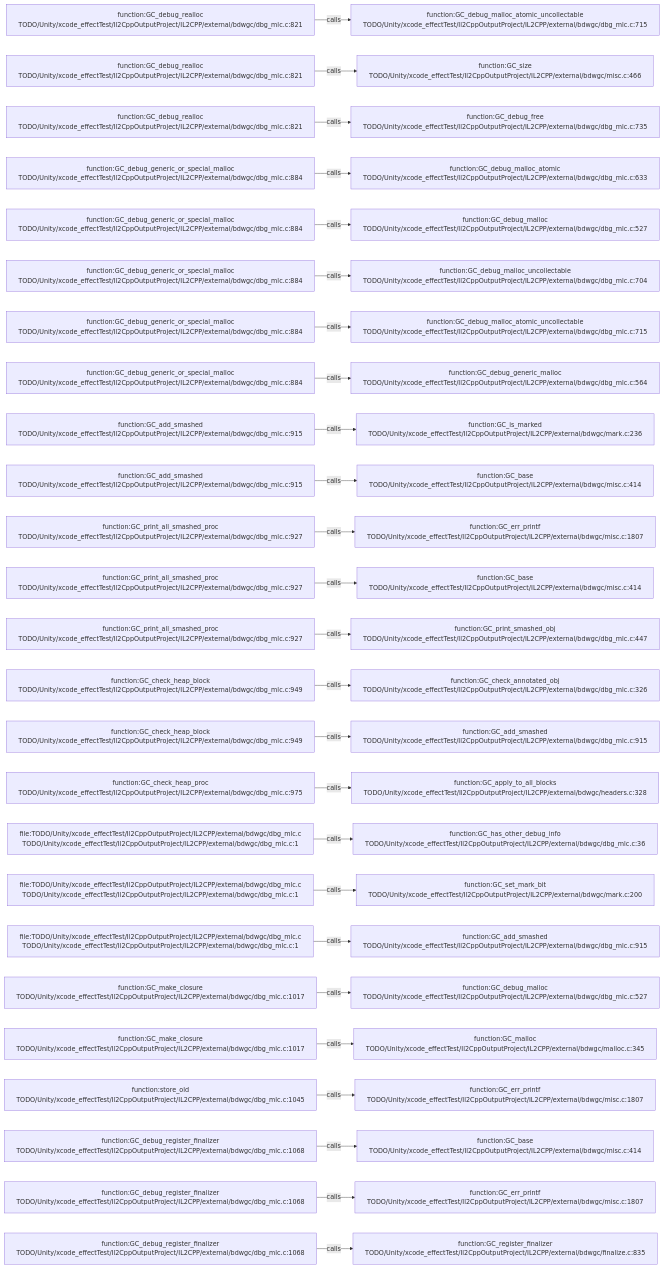
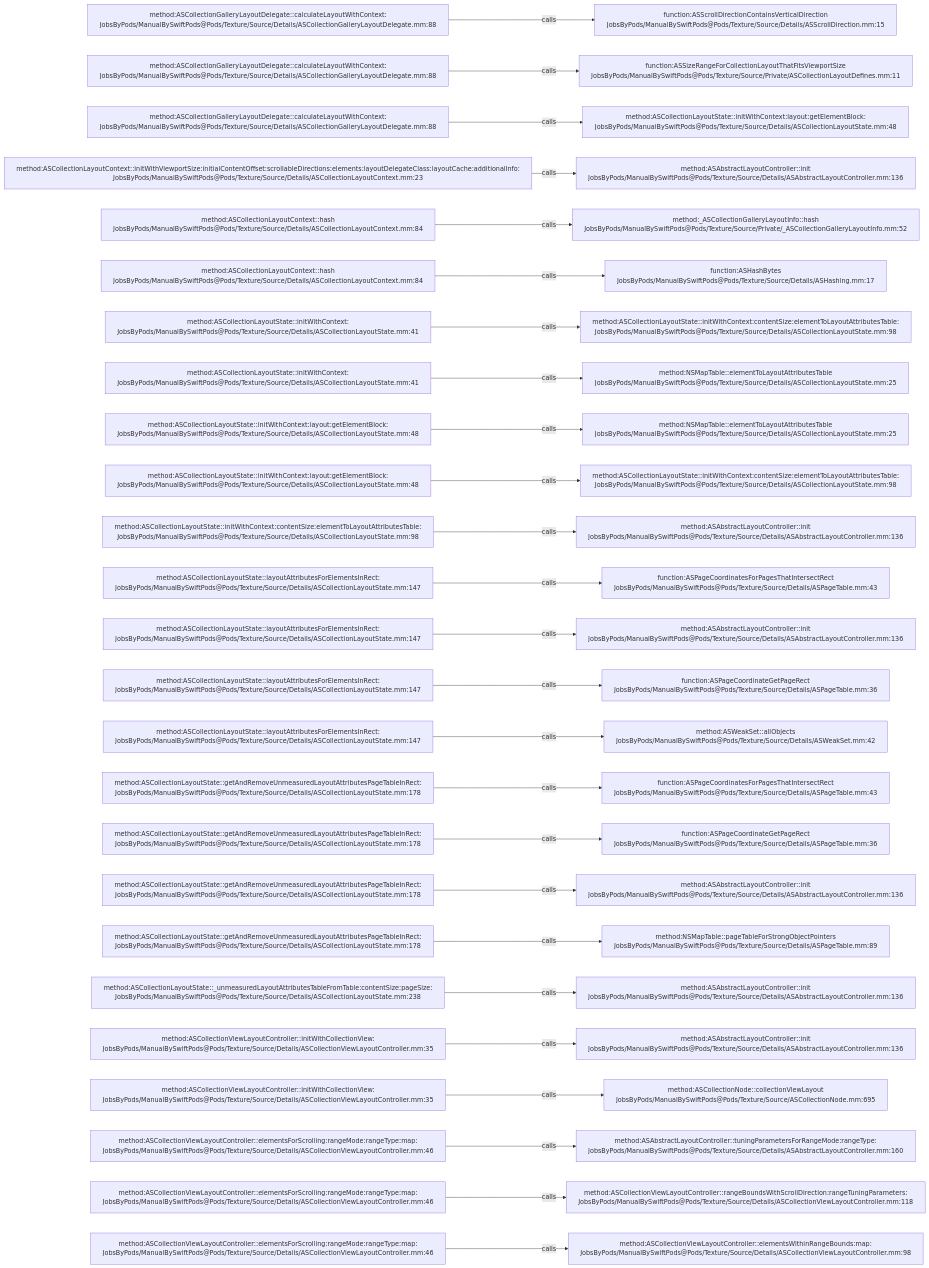
Before and after one commit to JobsKits/JobsSwiftBaseConfigDemo: the diagram in .codegraph/codegraph.md/graphs/calls-102.md, drawn with Mermaid. The commit also changed 2959 other files, not shown here.

````diff
--- a/.codegraph/codegraph.md/graphs/calls-102.md
+++ b/.codegraph/codegraph.md/graphs/calls-102.md
@@ -13,78 +13,78 @@
 ```mermaid
 flowchart LR
-  S1["function:GC_debug_realloc<br/>TODO/Unity/xcode_effectTest/Il2CppOutputProject/IL2CPP/external/bdwgc/dbg_mlc.c:821"]
-  T1["function:GC_debug_malloc_atomic_uncollectable<br/>TODO/Unity/xcode_effectTest/Il2CppOutputProject/IL2CPP/external/bdwgc/dbg_mlc.c:715"]
+  S1["method:ASCollectionGalleryLayoutDelegate::calculateLayoutWithContext:<br/>JobsByPods/ManualBySwiftPods@Pods/Texture/Source/Details/ASCollectionGalleryLayoutDelegate.mm:88"]
+  T1["function:ASScrollDirectionContainsVerticalDirection<br/>JobsByPods/ManualBySwiftPods@Pods/Texture/Source/Details/ASScrollDirection.mm:15"]
   S1 -->|calls| T1
-  S2["function:GC_debug_realloc<br/>TODO/Unity/xcode_effectTest/Il2CppOutputProject/IL2CPP/external/bdwgc/dbg_mlc.c:821"]
-  T2["function:GC_size<br/>TODO/Unity/xcode_effectTest/Il2CppOutputProject/IL2CPP/external/bdwgc/misc.c:466"]
+  S2["method:ASCollectionGalleryLayoutDelegate::calculateLayoutWithContext:<br/>JobsByPods/ManualBySwiftPods@Pods/Texture/Source/Details/ASCollectionGalleryLayoutDelegate.mm:88"]
+  T2["function:ASSizeRangeForCollectionLayoutThatFitsViewportSize<br/>JobsByPods/ManualBySwiftPods@Pods/Texture/Source/Private/ASCollectionLayoutDefines.mm:11"]
   S2 -->|calls| T2
-  S3["function:GC_debug_realloc<br/>TODO/Unity/xcode_effectTest/Il2CppOutputProject/IL2CPP/external/bdwgc/dbg_mlc.c:821"]
-  T3["function:GC_debug_free<br/>TODO/Unity/xcode_effectTest/Il2CppOutputProject/IL2CPP/external/bdwgc/dbg_mlc.c:735"]
+  S3["method:ASCollectionGalleryLayoutDelegate::calculateLayoutWithContext:<br/>JobsByPods/ManualBySwiftPods@Pods/Texture/Source/Details/ASCollectionGalleryLayoutDelegate.mm:88"]
+  T3["method:ASCollectionLayoutState::initWithContext:layout:getElementBlock:<br/>JobsByPods/ManualBySwiftPods@Pods/Texture/Source/Details/ASCollectionLayoutState.mm:48"]
   S3 -->|calls| T3
-  S4["function:GC_debug_generic_or_special_malloc<br/>TODO/Unity/xcode_effectTest/Il2CppOutputProject/IL2CPP/external/bdwgc/dbg_mlc.c:884"]
-  T4["function:GC_debug_malloc_atomic<br/>TODO/Unity/xcode_effectTest/Il2CppOutputProject/IL2CPP/external/bdwgc/dbg_mlc.c:633"]
+  S4["method:ASCollectionLayoutContext::initWithViewportSize:initialContentOffset:scrollableDirections:elements:layoutDelegateClass:layoutCache:additionalInfo:<br/>JobsByPods/ManualBySwiftPods@Pods/Texture/Source/Details/ASCollectionLayoutContext.mm:23"]
+  T4["method:ASAbstractLayoutController::init<br/>JobsByPods/ManualBySwiftPods@Pods/Texture/Source/Details/ASAbstractLayoutController.mm:136"]
   S4 -->|calls| T4
-  S5["function:GC_debug_generic_or_special_malloc<br/>TODO/Unity/xcode_effectTest/Il2CppOutputProject/IL2CPP/external/bdwgc/dbg_mlc.c:884"]
-  T5["function:GC_debug_malloc<br/>TODO/Unity/xcode_effectTest/Il2CppOutputProject/IL2CPP/external/bdwgc/dbg_mlc.c:527"]
+  S5["method:ASCollectionLayoutContext::hash<br/>JobsByPods/ManualBySwiftPods@Pods/Texture/Source/Details/ASCollectionLayoutContext.mm:84"]
+  T5["method:_ASCollectionGalleryLayoutInfo::hash<br/>JobsByPods/ManualBySwiftPods@Pods/Texture/Source/Private/_ASCollectionGalleryLayoutInfo.mm:52"]
   S5 -->|calls| T5
-  S6["function:GC_debug_generic_or_special_malloc<br/>TODO/Unity/xcode_effectTest/Il2CppOutputProject/IL2CPP/external/bdwgc/dbg_mlc.c:884"]
-  T6["function:GC_debug_malloc_uncollectable<br/>TODO/Unity/xcode_effectTest/Il2CppOutputProject/IL2CPP/external/bdwgc/dbg_mlc.c:704"]
+  S6["method:ASCollectionLayoutContext::hash<br/>JobsByPods/ManualBySwiftPods@Pods/Texture/Source/Details/ASCollectionLayoutContext.mm:84"]
+  T6["function:ASHashBytes<br/>JobsByPods/ManualBySwiftPods@Pods/Texture/Source/Details/ASHashing.mm:17"]
   S6 -->|calls| T6
-  S7["function:GC_debug_generic_or_special_malloc<br/>TODO/Unity/xcode_effectTest/Il2CppOutputProject/IL2CPP/external/bdwgc/dbg_mlc.c:884"]
-  T7["function:GC_debug_malloc_atomic_uncollectable<br/>TODO/Unity/xcode_effectTest/Il2CppOutputProject/IL2CPP/external/bdwgc/dbg_mlc.c:715"]
+  S7["method:ASCollectionLayoutState::initWithContext:<br/>JobsByPods/ManualBySwiftPods@Pods/Texture/Source/Details/ASCollectionLayoutState.mm:41"]
+  T7["method:ASCollectionLayoutState::initWithContext:contentSize:elementToLayoutAttributesTable:<br/>JobsByPods/ManualBySwiftPods@Pods/Texture/Source/Details/ASCollectionLayoutState.mm:98"]
   S7 -->|calls| T7
-  S8["function:GC_debug_generic_or_special_malloc<br/>TODO/Unity/xcode_effectTest/Il2CppOutputProject/IL2CPP/external/bdwgc/dbg_mlc.c:884"]
-  T8["function:GC_debug_generic_malloc<br/>TODO/Unity/xcode_effectTest/Il2CppOutputProject/IL2CPP/external/bdwgc/dbg_mlc.c:564"]
+  S8["method:ASCollectionLayoutState::initWithContext:<br/>JobsByPods/ManualBySwiftPods@Pods/Texture/Source/Details/ASCollectionLayoutState.mm:41"]
+  T8["method:NSMapTable::elementToLayoutAttributesTable<br/>JobsByPods/ManualBySwiftPods@Pods/Texture/Source/Details/ASCollectionLayoutState.mm:25"]
   S8 -->|calls| T8
-  S9["function:GC_add_smashed<br/>TODO/Unity/xcode_effectTest/Il2CppOutputProject/IL2CPP/external/bdwgc/dbg_mlc.c:915"]
-  T9["function:GC_is_marked<br/>TODO/Unity/xcode_effectTest/Il2CppOutputProject/IL2CPP/external/bdwgc/mark.c:236"]
+  S9["method:ASCollectionLayoutState::initWithContext:layout:getElementBlock:<br/>JobsByPods/ManualBySwiftPods@Pods/Texture/Source/Details/ASCollectionLayoutState.mm:48"]
+  T9["method:NSMapTable::elementToLayoutAttributesTable<br/>JobsByPods/ManualBySwiftPods@Pods/Texture/Source/Details/ASCollectionLayoutState.mm:25"]
   S9 -->|calls| T9
-  S10["function:GC_add_smashed<br/>TODO/Unity/xcode_effectTest/Il2CppOutputProject/IL2CPP/external/bdwgc/dbg_mlc.c:915"]
-  T10["function:GC_base<br/>TODO/Unity/xcode_effectTest/Il2CppOutputProject/IL2CPP/external/bdwgc/misc.c:414"]
+  S10["method:ASCollectionLayoutState::initWithContext:layout:getElementBlock:<br/>JobsByPods/ManualBySwiftPods@Pods/Texture/Source/Details/ASCollectionLayoutState.mm:48"]
+  T10["method:ASCollectionLayoutState::initWithContext:contentSize:elementToLayoutAttributesTable:<br/>JobsByPods/ManualBySwiftPods@Pods/Texture/Source/Details/ASCollectionLayoutState.mm:98"]
   S10 -->|calls| T10
-  S11["function:GC_print_all_smashed_proc<br/>TODO/Unity/xcode_effectTest/Il2CppOutputProject/IL2CPP/external/bdwgc/dbg_mlc.c:927"]
-  T11["function:GC_err_printf<br/>TODO/Unity/xcode_effectTest/Il2CppOutputProject/IL2CPP/external/bdwgc/misc.c:1807"]
+  S11["method:ASCollectionLayoutState::initWithContext:contentSize:elementToLayoutAttributesTable:<br/>JobsByPods/ManualBySwiftPods@Pods/Texture/Source/Details/ASCollectionLayoutState.mm:98"]
+  T11["method:ASAbstractLayoutController::init<br/>JobsByPods/ManualBySwiftPods@Pods/Texture/Source/Details/ASAbstractLayoutController.mm:136"]
   S11 -->|calls| T11
-  S12["function:GC_print_all_smashed_proc<br/>TODO/Unity/xcode_effectTest/Il2CppOutputProject/IL2CPP/external/bdwgc/dbg_mlc.c:927"]
-  T12["function:GC_base<br/>TODO/Unity/xcode_effectTest/Il2CppOutputProject/IL2CPP/external/bdwgc/misc.c:414"]
+  S12["method:ASCollectionLayoutState::layoutAttributesForElementsInRect:<br/>JobsByPods/ManualBySwiftPods@Pods/Texture/Source/Details/ASCollectionLayoutState.mm:147"]
+  T12["function:ASPageCoordinatesForPagesThatIntersectRect<br/>JobsByPods/ManualBySwiftPods@Pods/Texture/Source/Details/ASPageTable.mm:43"]
   S12 -->|calls| T12
-  S13["function:GC_print_all_smashed_proc<br/>TODO/Unity/xcode_effectTest/Il2CppOutputProject/IL2CPP/external/bdwgc/dbg_mlc.c:927"]
-  T13["function:GC_print_smashed_obj<br/>TODO/Unity/xcode_effectTest/Il2CppOutputProject/IL2CPP/external/bdwgc/dbg_mlc.c:447"]
+  S13["method:ASCollectionLayoutState::layoutAttributesForElementsInRect:<br/>JobsByPods/ManualBySwiftPods@Pods/Texture/Source/Details/ASCollectionLayoutState.mm:147"]
+  T13["method:ASAbstractLayoutController::init<br/>JobsByPods/ManualBySwiftPods@Pods/Texture/Source/Details/ASAbstractLayoutController.mm:136"]
   S13 -->|calls| T13
-  S14["function:GC_check_heap_block<br/>TODO/Unity/xcode_effectTest/Il2CppOutputProject/IL2CPP/external/bdwgc/dbg_mlc.c:949"]
-  T14["function:GC_check_annotated_obj<br/>TODO/Unity/xcode_effectTest/Il2CppOutputProject/IL2CPP/external/bdwgc/dbg_mlc.c:326"]
+  S14["method:ASCollectionLayoutState::layoutAttributesForElementsInRect:<br/>JobsByPods/ManualBySwiftPods@Pods/Texture/Source/Details/ASCollectionLayoutState.mm:147"]
+  T14["function:ASPageCoordinateGetPageRect<br/>JobsByPods/ManualBySwiftPods@Pods/Texture/Source/Details/ASPageTable.mm:36"]
   S14 -->|calls| T14
-  S15["function:GC_check_heap_block<br/>TODO/Unity/xcode_effectTest/Il2CppOutputProject/IL2CPP/external/bdwgc/dbg_mlc.c:949"]
-  T15["function:GC_add_smashed<br/>TODO/Unity/xcode_effectTest/Il2CppOutputProject/IL2CPP/external/bdwgc/dbg_mlc.c:915"]
+  S15["method:ASCollectionLayoutState::layoutAttributesForElementsInRect:<br/>JobsByPods/ManualBySwiftPods@Pods/Texture/Source/Details/ASCollectionLayoutState.mm:147"]
+  T15["method:ASWeakSet::allObjects<br/>JobsByPods/ManualBySwiftPods@Pods/Texture/Source/Details/ASWeakSet.mm:42"]
   S15 -->|calls| T15
-  S16["function:GC_check_heap_proc<br/>TODO/Unity/xcode_effectTest/Il2CppOutputProject/IL2CPP/external/bdwgc/dbg_mlc.c:975"]
-  T16["function:GC_apply_to_all_blocks<br/>TODO/Unity/xcode_effectTest/Il2CppOutputProject/IL2CPP/external/bdwgc/headers.c:328"]
+  S16["method:ASCollectionLayoutState::getAndRemoveUnmeasuredLayoutAttributesPageTableInRect:<br/>JobsByPods/ManualBySwiftPods@Pods/Texture/Source/Details/ASCollectionLayoutState.mm:178"]
+  T16["function:ASPageCoordinatesForPagesThatIntersectRect<br/>JobsByPods/ManualBySwiftPods@Pods/Texture/Source/Details/ASPageTable.mm:43"]
   S16 -->|calls| T16
-  S17["file:TODO/Unity/xcode_effectTest/Il2CppOutputProject/IL2CPP/external/bdwgc/dbg_mlc.c<br/>TODO/Unity/xcode_effectTest/Il2CppOutputProject/IL2CPP/external/bdwgc/dbg_mlc.c:1"]
-  T17["function:GC_has_other_debug_info<br/>TODO/Unity/xcode_effectTest/Il2CppOutputProject/IL2CPP/external/bdwgc/dbg_mlc.c:36"]
+  S17["method:ASCollectionLayoutState::getAndRemoveUnmeasuredLayoutAttributesPageTableInRect:<br/>JobsByPods/ManualBySwiftPods@Pods/Texture/Source/Details/ASCollectionLayoutState.mm:178"]
+  T17["function:ASPageCoordinateGetPageRect<br/>JobsByPods/ManualBySwiftPods@Pods/Texture/Source/Details/ASPageTable.mm:36"]
   S17 -->|calls| T17
-  S18["file:TODO/Unity/xcode_effectTest/Il2CppOutputProject/IL2CPP/external/bdwgc/dbg_mlc.c<br/>TODO/Unity/xcode_effectTest/Il2CppOutputProject/IL2CPP/external/bdwgc/dbg_mlc.c:1"]
-  T18["function:GC_set_mark_bit<br/>TODO/Unity/xcode_effectTest/Il2CppOutputProject/IL2CPP/external/bdwgc/mark.c:200"]
+  S18["method:ASCollectionLayoutState::getAndRemoveUnmeasuredLayoutAttributesPageTableInRect:<br/>JobsByPods/ManualBySwiftPods@Pods/Texture/Source/Details/ASCollectionLayoutState.mm:178"]
+  T18["method:ASAbstractLayoutController::init<br/>JobsByPods/ManualBySwiftPods@Pods/Texture/Source/Details/ASAbstractLayoutController.mm:136"]
   S18 -->|calls| T18
-  S19["file:TODO/Unity/xcode_effectTest/Il2CppOutputProject/IL2CPP/external/bdwgc/dbg_mlc.c<br/>TODO/Unity/xcode_effectTest/Il2CppOutputProject/IL2CPP/external/bdwgc/dbg_mlc.c:1"]
-  T19["function:GC_add_smashed<br/>TODO/Unity/xcode_effectTest/Il2CppOutputProject/IL2CPP/external/bdwgc/dbg_mlc.c:915"]
+  S19["method:ASCollectionLayoutState::getAndRemoveUnmeasuredLayoutAttributesPageTableInRect:<br/>JobsByPods/ManualBySwiftPods@Pods/Texture/Source/Details/ASCollectionLayoutState.mm:178"]
+  T19["method:NSMapTable::pageTableForStrongObjectPointers<br/>JobsByPods/ManualBySwiftPods@Pods/Texture/Source/Details/ASPageTable.mm:89"]
   S19 -->|calls| T19
-  S20["function:GC_make_closure<br/>TODO/Unity/xcode_effectTest/Il2CppOutputProject/IL2CPP/external/bdwgc/dbg_mlc.c:1017"]
-  T20["function:GC_debug_malloc<br/>TODO/Unity/xcode_effectTest/Il2CppOutputProject/IL2CPP/external/bdwgc/dbg_mlc.c:527"]
+  S20["method:ASCollectionLayoutState::_unmeasuredLayoutAttributesTableFromTable:contentSize:pageSize:<br/>JobsByPods/ManualBySwiftPods@Pods/Texture/Source/Details/ASCollectionLayoutState.mm:238"]
+  T20["method:ASAbstractLayoutController::init<br/>JobsByPods/ManualBySwiftPods@Pods/Texture/Source/Details/ASAbstractLayoutController.mm:136"]
   S20 -->|calls| T20
-  S21["function:GC_make_closure<br/>TODO/Unity/xcode_effectTest/Il2CppOutputProject/IL2CPP/external/bdwgc/dbg_mlc.c:1017"]
-  T21["function:GC_malloc<br/>TODO/Unity/xcode_effectTest/Il2CppOutputProject/IL2CPP/external/bdwgc/malloc.c:345"]
+  S21["method:ASCollectionViewLayoutController::initWithCollectionView:<br/>JobsByPods/ManualBySwiftPods@Pods/Texture/Source/Details/ASCollectionViewLayoutController.mm:35"]
+  T21["method:ASAbstractLayoutController::init<br/>JobsByPods/ManualBySwiftPods@Pods/Texture/Source/Details/ASAbstractLayoutController.mm:136"]
   S21 -->|calls| T21
-  S22["function:store_old<br/>TODO/Unity/xcode_effectTest/Il2CppOutputProject/IL2CPP/external/bdwgc/dbg_mlc.c:1045"]
-  T22["function:GC_err_printf<br/>TODO/Unity/xcode_effectTest/Il2CppOutputProject/IL2CPP/external/bdwgc/misc.c:1807"]
+  S22["method:ASCollectionViewLayoutController::initWithCollectionView:<br/>JobsByPods/ManualBySwiftPods@Pods/Texture/Source/Details/ASCollectionViewLayoutController.mm:35"]
+  T22["method:ASCollectionNode::collectionViewLayout<br/>JobsByPods/ManualBySwiftPods@Pods/Texture/Source/ASCollectionNode.mm:695"]
   S22 -->|calls| T22
-  S23["function:GC_debug_register_finalizer<br/>TODO/Unity/xcode_effectTest/Il2CppOutputProject/IL2CPP/external/bdwgc/dbg_mlc.c:1068"]
-  T23["function:GC_base<br/>TODO/Unity/xcode_effectTest/Il2CppOutputProject/IL2CPP/external/bdwgc/misc.c:414"]
+  S23["method:ASCollectionViewLayoutController::elementsForScrolling:rangeMode:rangeType:map:<br/>JobsByPods/ManualBySwiftPods@Pods/Texture/Source/Details/ASCollectionViewLayoutController.mm:46"]
+  T23["method:ASAbstractLayoutController::tuningParametersForRangeMode:rangeType:<br/>JobsByPods/ManualBySwiftPods@Pods/Texture/Source/Details/ASAbstractLayoutController.mm:160"]
   S23 -->|calls| T23
-  S24["function:GC_debug_register_finalizer<br/>TODO/Unity/xcode_effectTest/Il2CppOutputProject/IL2CPP/external/bdwgc/dbg_mlc.c:1068"]
-  T24["function:GC_err_printf<br/>TODO/Unity/xcode_effectTest/Il2CppOutputProject/IL2CPP/external/bdwgc/misc.c:1807"]
+  S24["method:ASCollectionViewLayoutController::elementsForScrolling:rangeMode:rangeType:map:<br/>JobsByPods/ManualBySwiftPods@Pods/Texture/Source/Details/ASCollectionViewLayoutController.mm:46"]
+  T24["method:ASCollectionViewLayoutController::rangeBoundsWithScrollDirection:rangeTuningParameters:<br/>JobsByPods/ManualBySwiftPods@Pods/Texture/Source/Details/ASCollectionViewLayoutController.mm:118"]
   S24 -->|calls| T24
-  S25["function:GC_debug_register_finalizer<br/>TODO/Unity/xcode_effectTest/Il2CppOutputProject/IL2CPP/external/bdwgc/dbg_mlc.c:1068"]
-  T25["function:GC_register_finalizer<br/>TODO/Unity/xcode_effectTest/Il2CppOutputProject/IL2CPP/external/bdwgc/finalize.c:835"]
+  S25["method:ASCollectionViewLayoutController::elementsForScrolling:rangeMode:rangeType:map:<br/>JobsByPods/ManualBySwiftPods@Pods/Texture/Source/Details/ASCollectionViewLayoutController.mm:46"]
+  T25["method:ASCollectionViewLayoutController::elementsWithinRangeBounds:map:<br/>JobsByPods/ManualBySwiftPods@Pods/Texture/Source/Details/ASCollectionViewLayoutController.mm:98"]
   S25 -->|calls| T25
 ```
````
